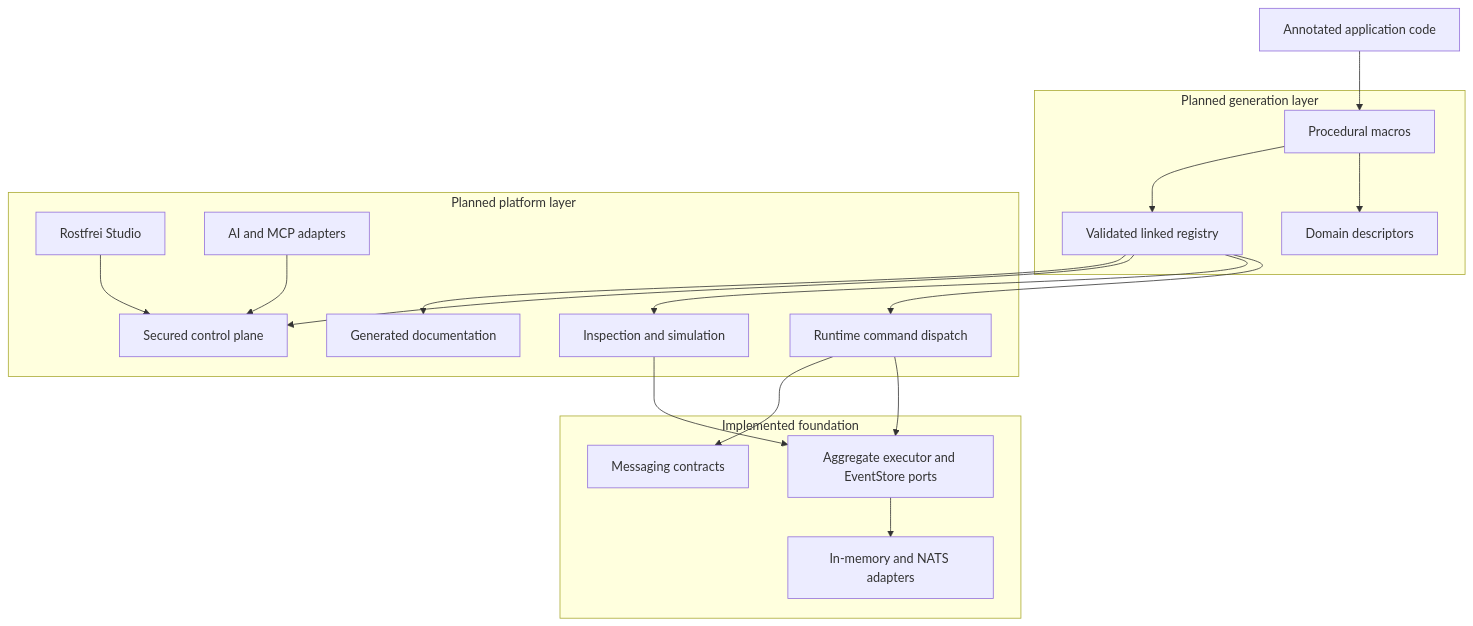
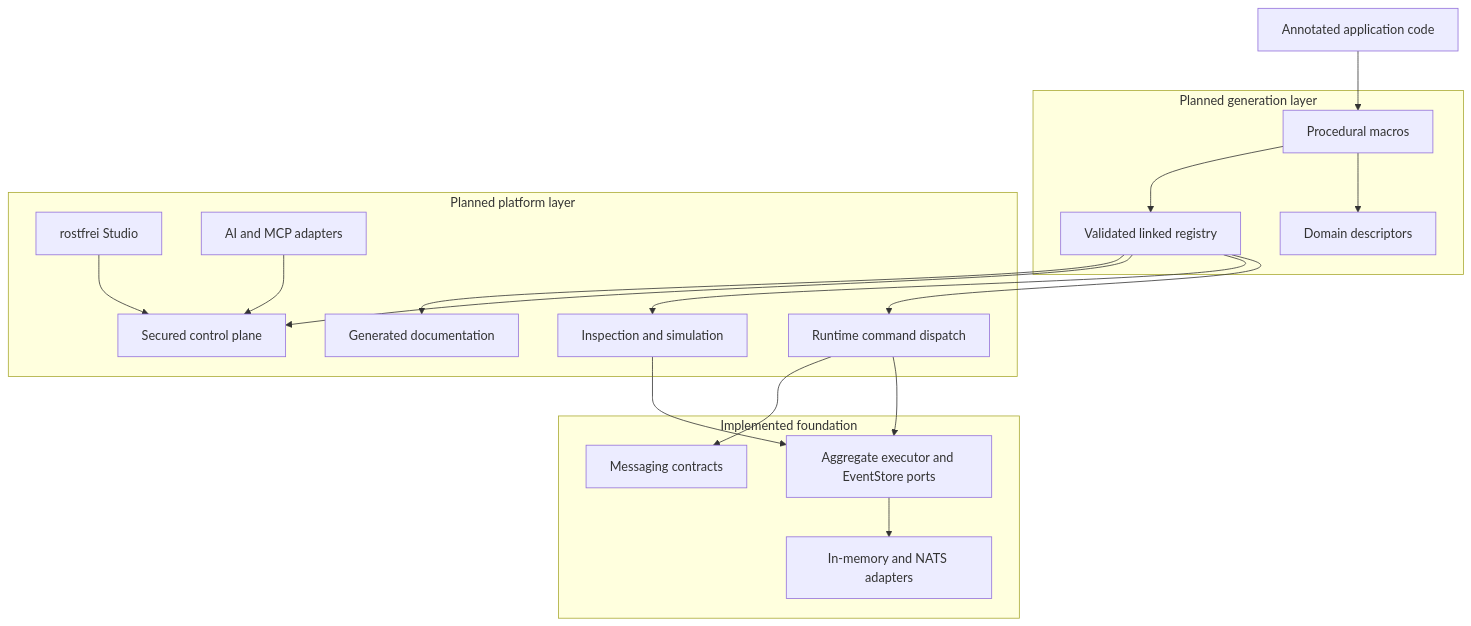
One commit to elbLabs/rostfrei changed the sixth of 8 diagrams in docs/cofounder-project-summary.md. Above: the diagram before and after it, drawn with Mermaid. The commit also changed other lines of this file and 21 other files, not shown here.

````diff
--- a/docs/cofounder-project-summary.md
+++ b/docs/cofounder-project-summary.md
@@ -296,39 +296,39 @@
 ```mermaid
 flowchart TB
     Source[Annotated application code]
 
     subgraph Generation[Planned generation layer]
         Macros[Procedural macros]
         Descriptors[Domain descriptors]
         Registry[Validated linked registry]
     end
 
     subgraph Foundation[Implemented foundation]
         Kernel[Aggregate executor and EventStore ports]
         Messaging[Messaging contracts]
         Infrastructure[In-memory and NATS adapters]
     end
 
     subgraph Platform[Planned platform layer]
         Runtime[Runtime command dispatch]
         Simulation[Inspection and simulation]
         ControlPlane[Secured control plane]
-        Studio[Rostfrei Studio]
+        Studio[rostfrei Studio]
         AI[AI and MCP adapters]
         Documentation[Generated documentation]
     end
 
     Source --> Macros
     Macros --> Descriptors
     Macros --> Registry
     Registry --> Runtime
     Registry --> Simulation
     Registry --> ControlPlane
     Registry --> Documentation
     Runtime --> Kernel
     Simulation --> Kernel
     Kernel --> Infrastructure
     Runtime --> Messaging
     Studio --> ControlPlane
     AI --> ControlPlane
 ```
````
